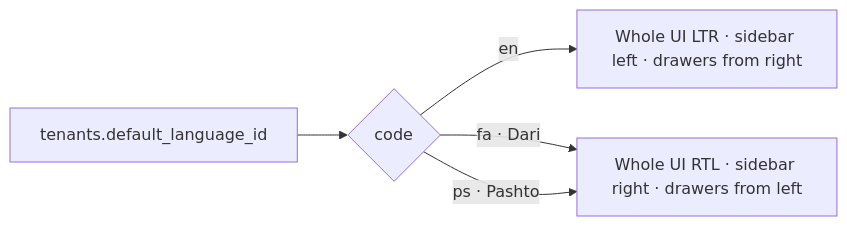
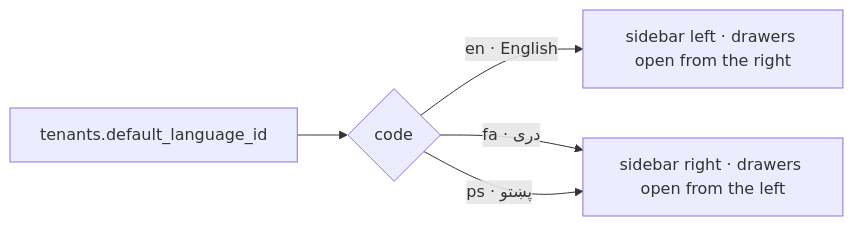
Before and after one commit to niaazaai/boms: the fourth of 15 diagrams in specs/flows/application-flows.md, drawn with Mermaid. The commit also changed other lines of this file and 14 other files, not shown here.

````diff
--- a/specs/flows/application-flows.md
+++ b/specs/flows/application-flows.md
@@ -77,7 +77,7 @@
 ```mermaid
 flowchart LR
   T[tenants.default_language_id] --> L{code}
-  L -->|en| LTR[Whole UI LTR · sidebar left · drawers from right]
-  L -->|fa · Dari| RTL[Whole UI RTL · sidebar right · drawers from left]
-  L -->|ps · Pashto| RTL
+  L -->|en · English| E[sidebar left · drawers open from the right]
+  L -->|fa · دری| M[sidebar right · drawers open from the left]
+  L -->|ps · پښتو| M
 ```
````
